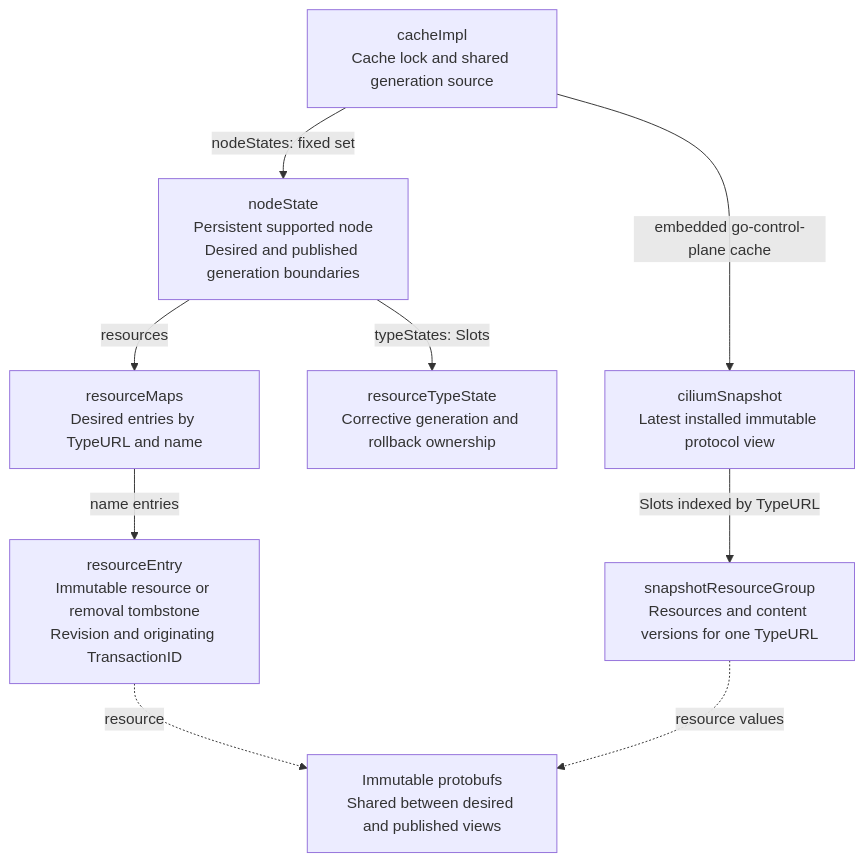
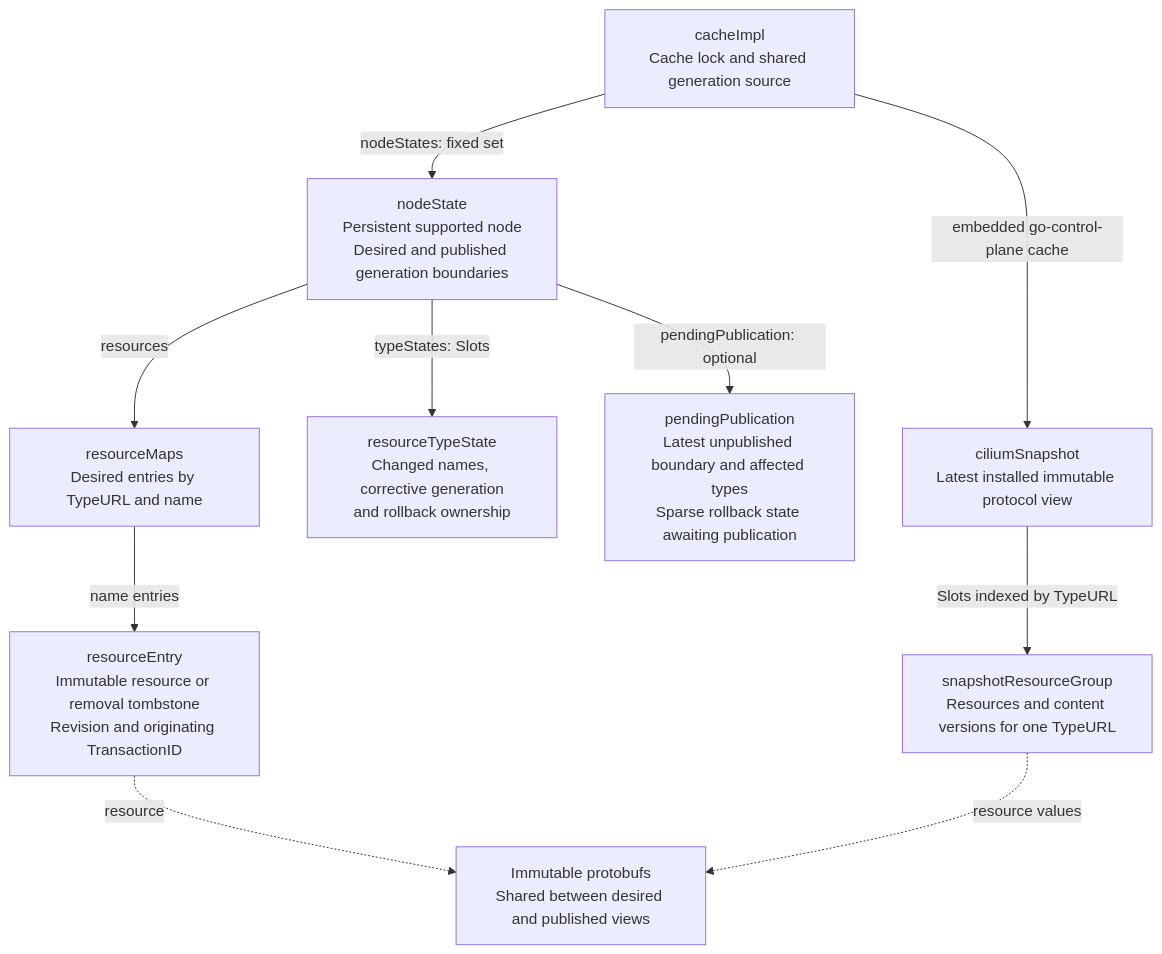
Before and after one commit to cilium/cilium: the first of 4 diagrams in pkg/envoy/xdsnew/design.md, drawn with Mermaid. The commit also changed other lines of this file and 17 other files, not shown here.

````diff
--- a/pkg/envoy/xdsnew/design.md
+++ b/pkg/envoy/xdsnew/design.md
@@ -85,20 +87,22 @@
 ```mermaid
 flowchart TD
     cache["cacheImpl<br/>Cache lock and shared generation source"]
     node["nodeState<br/>Persistent supported node<br/>Desired and published generation boundaries"]
     desired["resourceMaps<br/>Desired entries by TypeURL and name"]
     entry["resourceEntry<br/>Immutable resource or removal tombstone<br/>Revision and originating TransactionID"]
-    types["resourceTypeState<br/>Corrective generation and rollback ownership"]
+    types["resourceTypeState<br/>Changed names, corrective generation<br/>and rollback ownership"]
     snapshot["ciliumSnapshot<br/>Latest installed immutable protocol view"]
     group["snapshotResourceGroup<br/>Resources and content versions for one TypeURL"]
     protobuf["Immutable protobufs<br/>Shared between desired and published views"]
+    pending["pendingPublication<br/>Latest unpublished boundary and affected types<br/>Sparse rollback state awaiting publication"]
 
     cache -->|nodeStates: fixed set| node
     cache -->|embedded go-control-plane cache| snapshot
     node -->|resources| desired
     desired -->|name entries| entry
     node -->|typeStates: Slots| types
+    node -->|pendingPublication: optional| pending
     snapshot -->|Slots indexed by TypeURL| group
     entry -.->|resource| protobuf
     group -.->|resource values| protobuf
 ```
````
